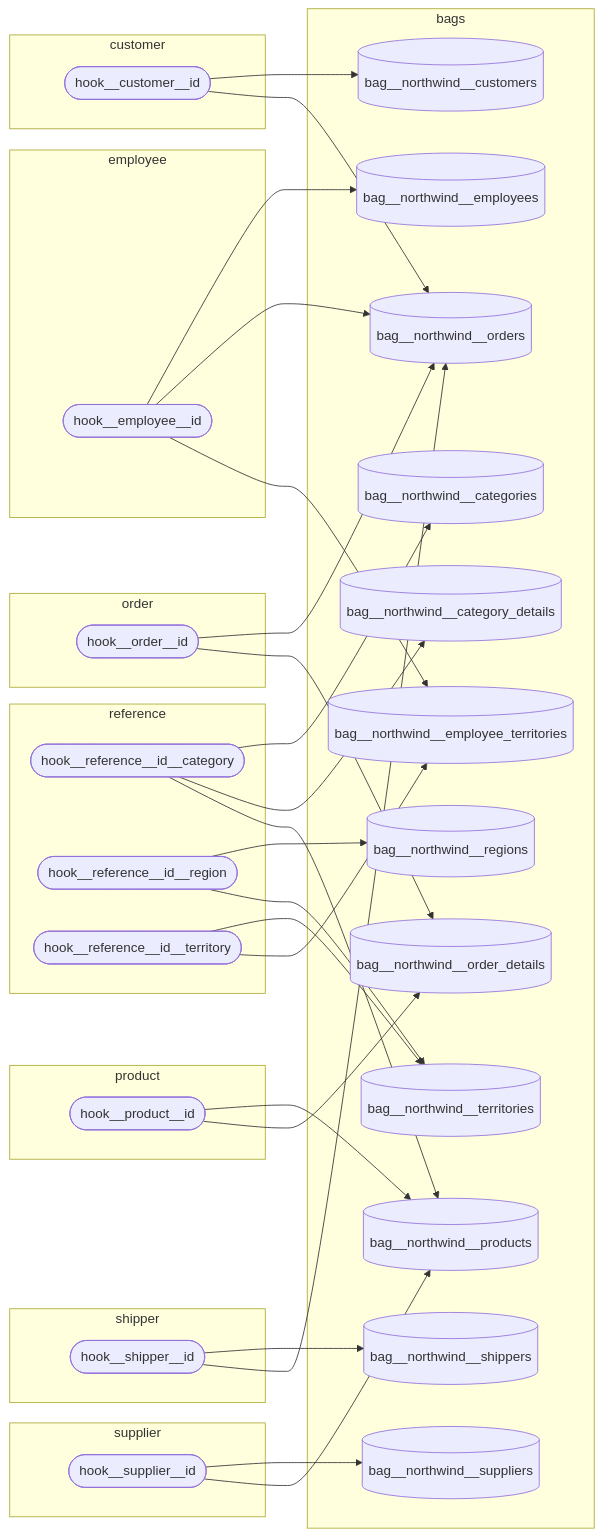
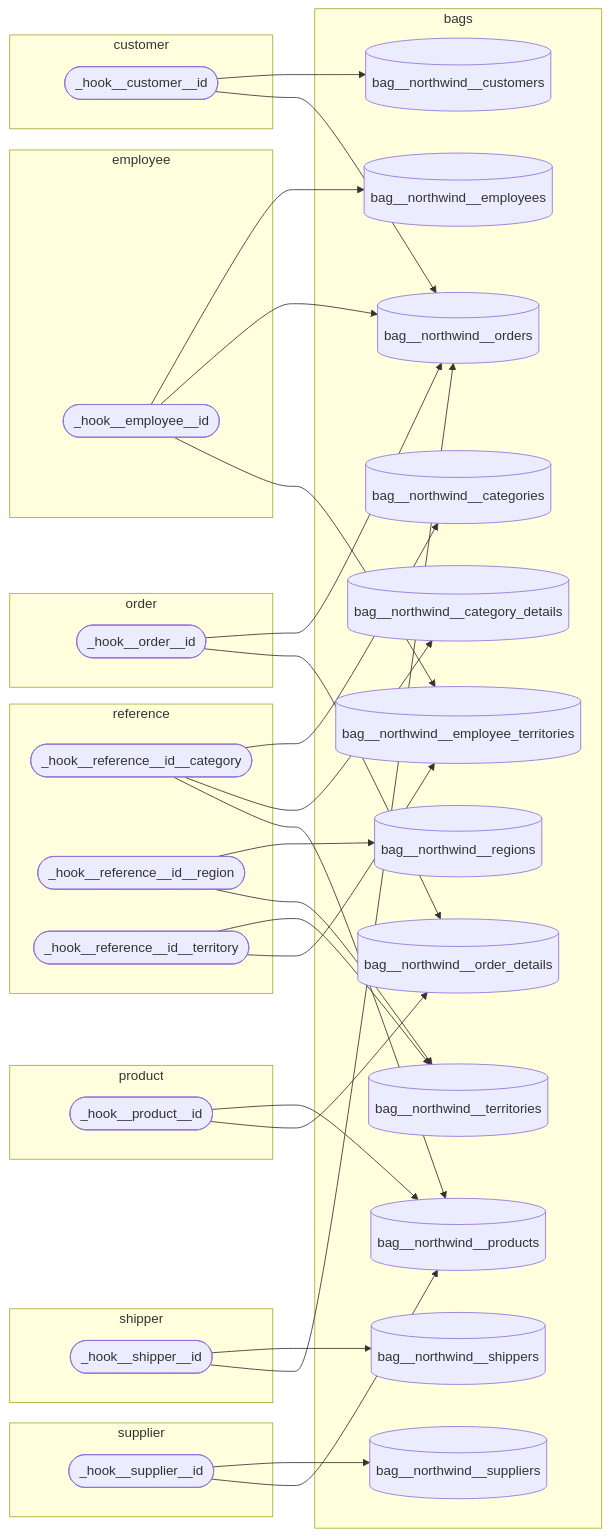
Before and after one commit to mattiasthalen/obsidian-insights: the third of 4 diagrams in README.md, drawn with Mermaid. The commit also changed 24 other files, not shown here.

````diff
--- a/README.md
+++ b/README.md
@@ -78,78 +78,78 @@
 ```mermaid
 flowchart LR
 
     subgraph reference
-        hook__reference__id__category(["hook__reference__id__category"])
-        hook__reference__id__region(["hook__reference__id__region"])
-        hook__reference__id__territory(["hook__reference__id__territory"])
+        _hook__reference__id__category(["_hook__reference__id__category"])
+        _hook__reference__id__region(["_hook__reference__id__region"])
+        _hook__reference__id__territory(["_hook__reference__id__territory"])
     end
     
     subgraph customer
-        hook__customer__id(["hook__customer__id"])
+        _hook__customer__id(["_hook__customer__id"])
     end
     
     subgraph employee
-        hook__employee__id(["hook__employee__id"])
+        _hook__employee__id(["_hook__employee__id"])
     end
 
     subgraph order
-        hook__order__id(["hook__order__id"])
+        _hook__order__id(["_hook__order__id"])
     end
     
     subgraph product
-        hook__product__id(["hook__product__id"])
+        _hook__product__id(["_hook__product__id"])
     end
 
 
     subgraph shipper
-        hook__shipper__id(["hook__shipper__id"])
+        _hook__shipper__id(["_hook__shipper__id"])
     end
     
     subgraph supplier
-        hook__supplier__id(["hook__supplier__id"])
+        _hook__supplier__id(["_hook__supplier__id"])
     end
 
     subgraph bags
         bag__northwind__categories[("bag__northwind__categories")]
         bag__northwind__category_details[("bag__northwind__category_details")]
         bag__northwind__customers[("bag__northwind__customers")]
         bag__northwind__employees[("bag__northwind__employees")]
         bag__northwind__employee_territories[("bag__northwind__employee_territories")]
         bag__northwind__orders[("bag__northwind__orders")]
         bag__northwind__order_details[("bag__northwind__order_details")]
         bag__northwind__products[("bag__northwind__products")]
         bag__northwind__regions[("bag__northwind__regions")]
         bag__northwind__shippers[("bag__northwind__shippers")]
         bag__northwind__suppliers[("bag__northwind__suppliers")]
         bag__northwind__territories[("bag__northwind__territories")]
     end
 
-    hook__reference__id__category --> bag__northwind__categories
-    hook__reference__id__category --> bag__northwind__category_details
-    hook__reference__id__category --> bag__northwind__products
+    _hook__reference__id__category --> bag__northwind__categories
+    _hook__reference__id__category --> bag__northwind__category_details
+    _hook__reference__id__category --> bag__northwind__products
 
-    hook__customer__id -->  bag__northwind__customers
-    hook__customer__id -->  bag__northwind__orders
+    _hook__customer__id -->  bag__northwind__customers
+    _hook__customer__id -->  bag__northwind__orders
 
-    hook__employee__id -->  bag__northwind__employees
-    hook__employee__id -->  bag__northwind__orders
-    hook__employee__id -->  bag__northwind__employee_territories
+    _hook__employee__id -->  bag__northwind__employees
+    _hook__employee__id -->  bag__northwind__orders
+    _hook__employee__id -->  bag__northwind__employee_territories
 
-    hook__order__id --> bag__northwind__orders
-    hook__order__id --> bag__northwind__order_details
+    _hook__order__id --> bag__northwind__orders
+    _hook__order__id --> bag__northwind__order_details
 
-    hook__product__id --> bag__northwind__products
-    hook__product__id --> bag__northwind__order_details
+    _hook__product__id --> bag__northwind__products
+    _hook__product__id --> bag__northwind__order_details
 
-    hook__reference__id__region -->  bag__northwind__regions
-    hook__reference__id__region --> bag__northwind__territories
+    _hook__reference__id__region -->  bag__northwind__regions
+    _hook__reference__id__region --> bag__northwind__territories
 
-    hook__shipper__id --> bag__northwind__shippers
-    hook__shipper__id --> bag__northwind__orders
+    _hook__shipper__id --> bag__northwind__shippers
+    _hook__shipper__id --> bag__northwind__orders
 
-    hook__supplier__id --> bag__northwind__suppliers
-    hook__supplier__id --> bag__northwind__products
+    _hook__supplier__id --> bag__northwind__suppliers
+    _hook__supplier__id --> bag__northwind__products
 
-    hook__reference__id__territory --> bag__northwind__territories
-    hook__reference__id__territory -->  bag__northwind__employee_territories
+    _hook__reference__id__territory --> bag__northwind__territories
+    _hook__reference__id__territory -->  bag__northwind__employee_territories
 ```
````
